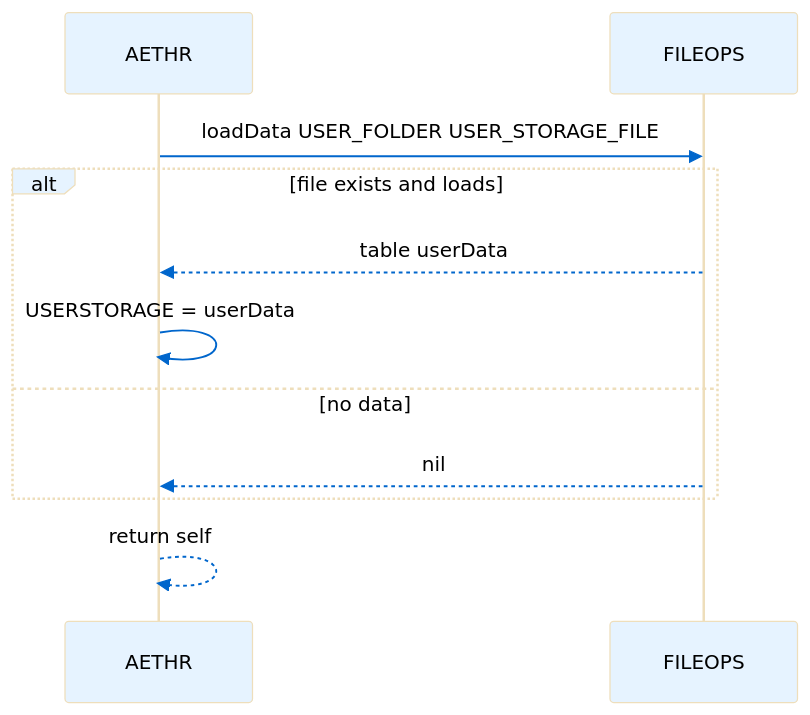
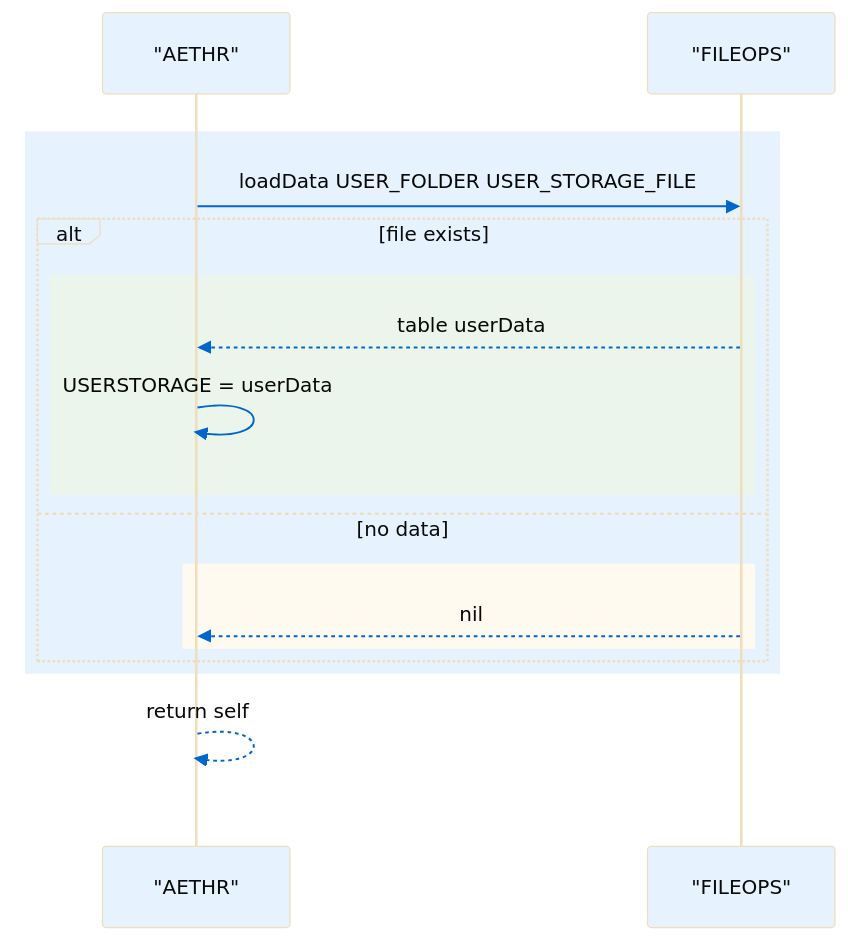
The second of 4 diagrams in docs/aethr/user_storage.md (Gh0st352/AETHR), drawn with Mermaid before and after one commit. The commit also changed other lines of this file and 6 other files, not shown here.

First line of the commit message:
Refactor documentation with enhanced flowcharts and sequence diagrams

````diff
--- a/docs/aethr/user_storage.md
+++ b/docs/aethr/user_storage.md
@@ -38,14 +57,24 @@
 ```mermaid
-%%{init: {"theme":"base","themeVariables":{"actorBkg":"#e6f3ff","actorTextColor":"#000","lineColor":"#495057","signalColor":"#0066cc","signalTextColor":"#000","fontSize":"14px"}}}%%
+%%{init: {"theme":"base","themeVariables":{"actorBkg":"#e6f3ff","actorTextColor":"#0a0a0aff","lineColor":"#495057","signalColor":"#0066cc","signalTextColor":"#070707ff","textColor":"#222222ff","fontSize":"14px"}}}%%
 sequenceDiagram
-  participant A as AETHR
-  participant F as FILEOPS
-  A->>F: loadData USER_FOLDER USER_STORAGE_FILE
-  alt file exists and loads
-    F-->>A: table userData
-    A->>A: USERSTORAGE = userData
-  else no data
-    F-->>A: nil
+  participant A as "AETHR"
+  participant F as "FILEOPS"
+
+  %% Background for readability on dark docs theme
+  rect rgba(255,255,255,0.75)
+    rect rgb(230,243,255)
+      A->>F: loadData USER_FOLDER USER_STORAGE_FILE
+      alt file exists
+        rect rgb(235,245,235)
+          F-->>A: table userData
+          A->>A: USERSTORAGE = userData
+        end
+      else no data
+        rect rgb(255,250,240)
+          F-->>A: nil
+        end
+      end
+    end
+    A-->>A: return self
   end
-  A-->>A: return self
 ```
````
